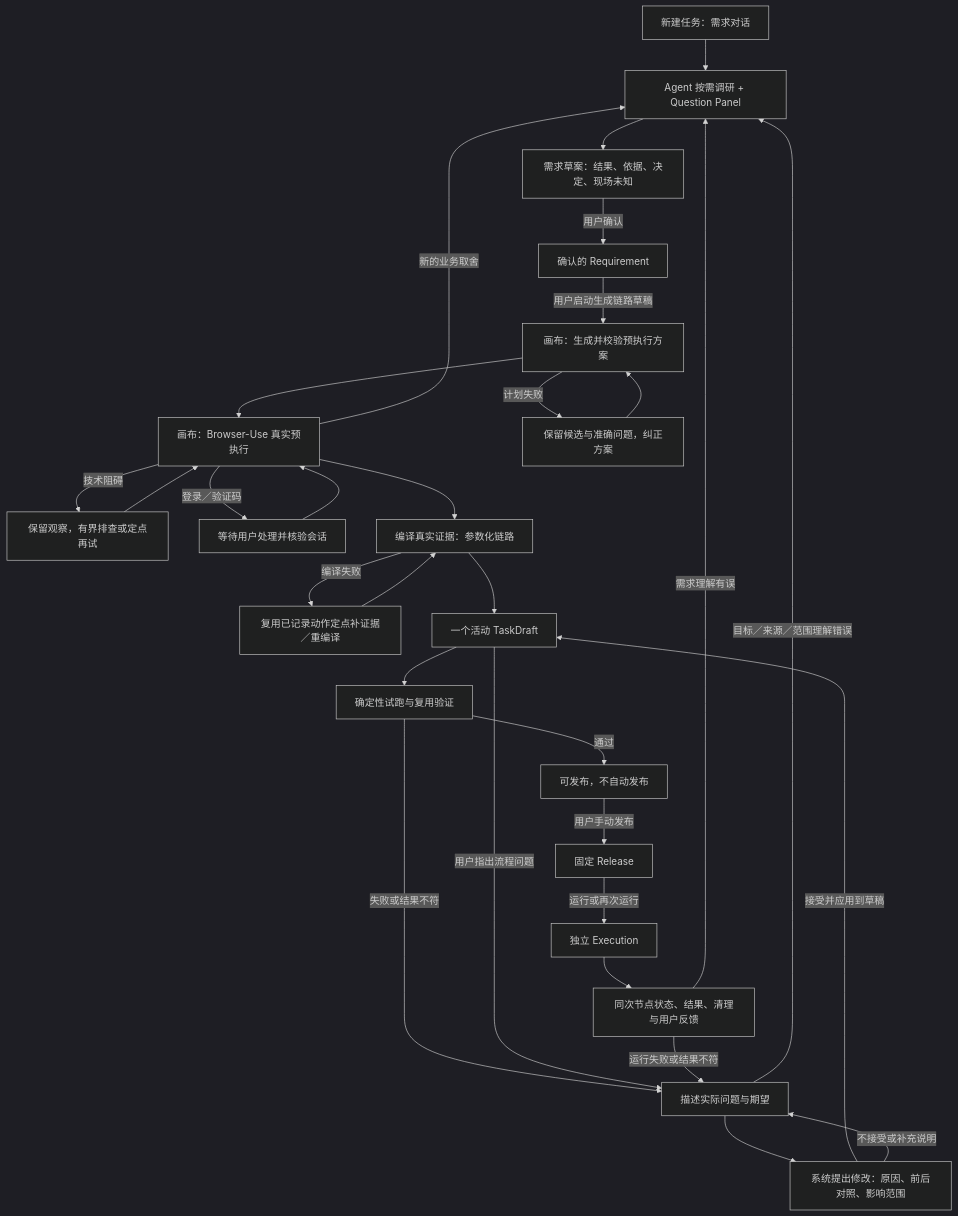
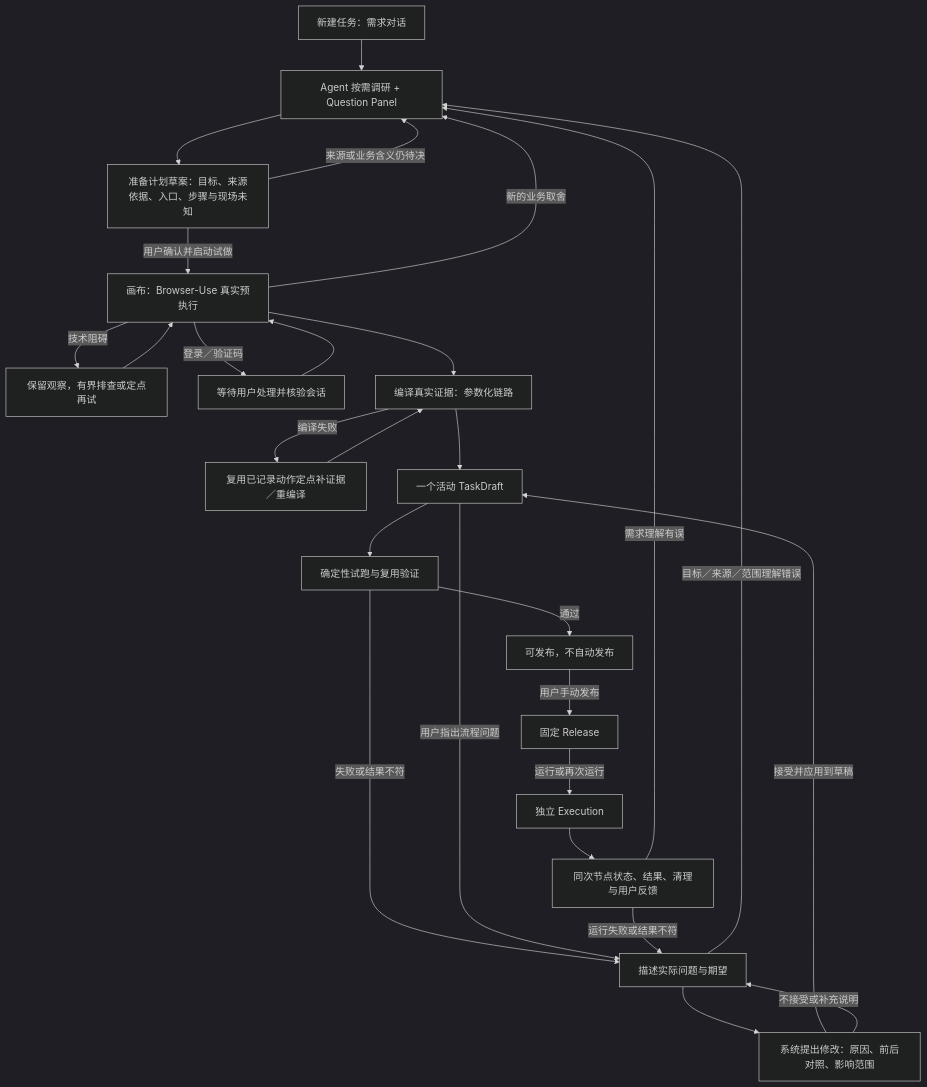
One commit to lierwa/broswer-auto-capture changed the diagram in docs/development/PRODUCT_LOOP_CAPABILITY_AUDIT.md. Above: the diagram before and after it, drawn with Mermaid (dark theme). The commit also changed other lines of this file and 310 other files, not shown here.

````diff
--- a/docs/development/PRODUCT_LOOP_CAPABILITY_AUDIT.md
+++ b/docs/development/PRODUCT_LOOP_CAPABILITY_AUDIT.md
@@ -54,32 +55,29 @@
 ```mermaid
 flowchart TD
   A[新建任务：需求对话] --> B[Agent 按需调研 + Question Panel]
-  B --> C[需求草案：结果、依据、决定、现场未知]
-  C -->|用户确认| D[确认的 Requirement]
-  D -->|用户启动生成链路草稿| E[画布：生成并校验预执行方案]
-  E --> F[画布：Browser-Use 真实预执行]
-  E -->|计划失败| P[保留候选与准确问题，纠正方案]
-  P --> E
+  B --> C[准备计划草案：目标、来源依据、入口、步骤与现场未知]
+  C -->|用户确认并启动试做| F[画布：Browser-Use 真实预执行]
+  C -->|来源或业务含义仍待决| B
   F -->|技术阻碍| Q[保留观察，有界排查或定点再试]
   Q --> F
   F -->|登录／验证码| W[等待用户处理并核验会话]
   W --> F
   F -->|新的业务取舍| B
   F --> G[编译真实证据：参数化链路]
   G -->|编译失败| R[复用已记录动作定点补证据／重编译]
   R --> G
   G --> H[一个活动 TaskDraft]
   H --> I[确定性试跑与复用验证]
   I -->|通过| S[可发布，不自动发布]
   I -->|失败或结果不符| M
   S -->|用户手动发布| J[固定 Release]
   H -->|用户指出流程问题| M[描述实际问题与期望]
   J -->|运行或再次运行| K[独立 Execution]
   K --> L[同次节点状态、结果、清理与用户反馈]
   L -->|运行失败或结果不符| M
   M --> N[系统提出修改：原因、前后对照、影响范围]
   M -->|目标／来源／范围理解错误| B
   N -->|接受并应用到草稿| H
   N -->|不接受或补充说明| M
   L -->|需求理解有误| B
 ```
````
